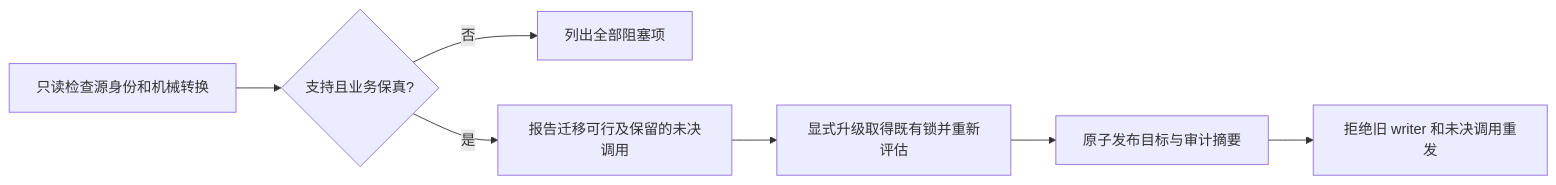
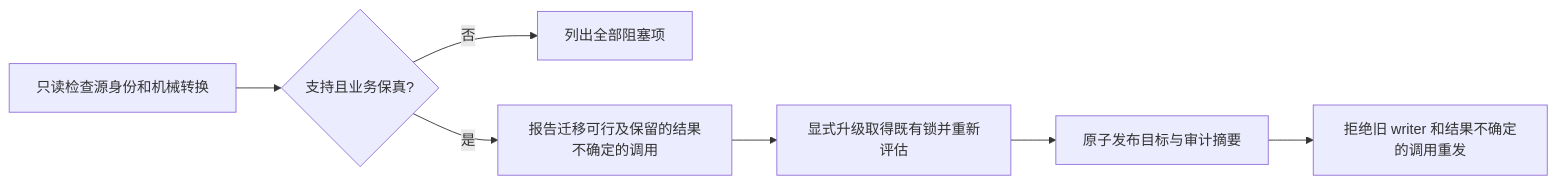
Before and after one commit to IvanLi-CN/Loomhelm: the diagram in docs/specs/multi-task-flow-unified-atomic-orchestration/SPEC.md, drawn with Mermaid. The commit also changed other lines of this file and 46 other files, not shown here.

Commit message:
feat(multi-task-flow): preserve unresolved calls during mechanical upgrades

````diff
--- a/docs/specs/multi-task-flow-unified-atomic-orchestration/SPEC.md
+++ b/docs/specs/multi-task-flow-unified-atomic-orchestration/SPEC.md
@@ -385,9 +385,9 @@
 ```mermaid
 flowchart LR
     A[只读检查源身份和机械转换] --> B{支持且业务保真?}
     B -->|否| C[列出全部阻塞项]
-    B -->|是| D[报告迁移可行及保留的未决调用]
+    B -->|是| D[报告迁移可行及保留的结果不确定的调用]
     D --> E[显式升级取得既有锁并重新评估]
     E --> F[原子发布目标与审计摘要]
-    F --> G[拒绝旧 writer 和未决调用重发]
+    F --> G[拒绝旧 writer 和结果不确定的调用重发]
 ```
````
